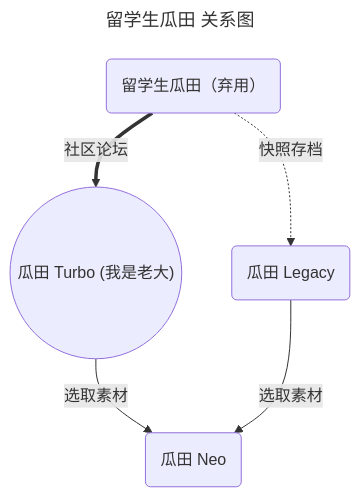
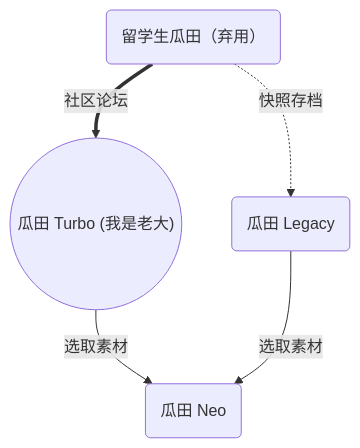
The diagram in content/posts/README/index.md (JamesFlare1212/GOSSIP), drawn with Mermaid before and after one commit. The commit also changed other lines of this file, not shown here.

````diff
--- a/content/posts/README/index.md
+++ b/content/posts/README/index.md
@@ -47,10 +92,7 @@
 ```mermaid
----
-title: ​留学生瓜田 关系图
----
 flowchart TB
     A("留学生瓜田（弃用）") ==>|社区论坛| C(("瓜田 Turbo (我是老大)"))
     A -.->|快照存档| D("瓜田 Legacy")
     C -->|选取素材| B("瓜田 Neo")
     D -->|选取素材| B
 ```
````
